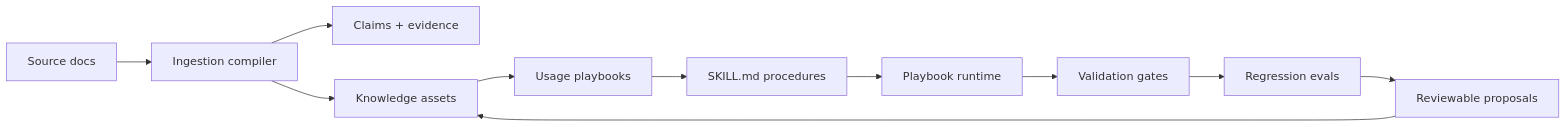
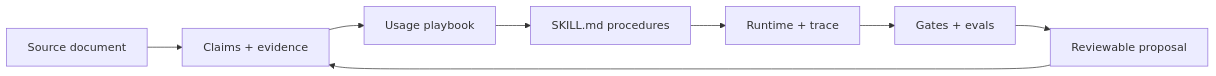
One commit to 2sao7sao/EvolveKB changed the diagram in README.md. Above: the diagram before and after it, drawn with Mermaid. The commit also changed other lines of this file and 10 other files, not shown here.

````diff
--- a/README.md
+++ b/README.md
@@ -206,13 +58,10 @@
 ```mermaid
 flowchart LR
-  A["Source docs"] --> B["Ingestion compiler"]
-  B --> C["Claims + evidence"]
-  B --> D["Knowledge assets"]
-  D --> E["Usage playbooks"]
-  E --> F["SKILL.md procedures"]
-  F --> G["Playbook runtime"]
-  G --> H["Validation gates"]
-  H --> I["Regression evals"]
-  I --> J["Reviewable proposals"]
-  J --> D
+  A[Source document] --> B[Claims + evidence]
+  B --> C[Usage playbook]
+  C --> D[SKILL.md procedures]
+  D --> E[Runtime + trace]
+  E --> F[Gates + evals]
+  F --> G[Reviewable proposal]
+  G --> B
 ```
````
